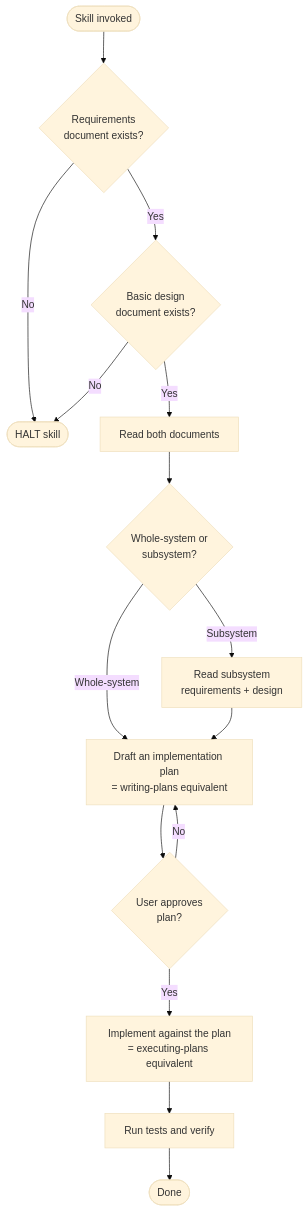
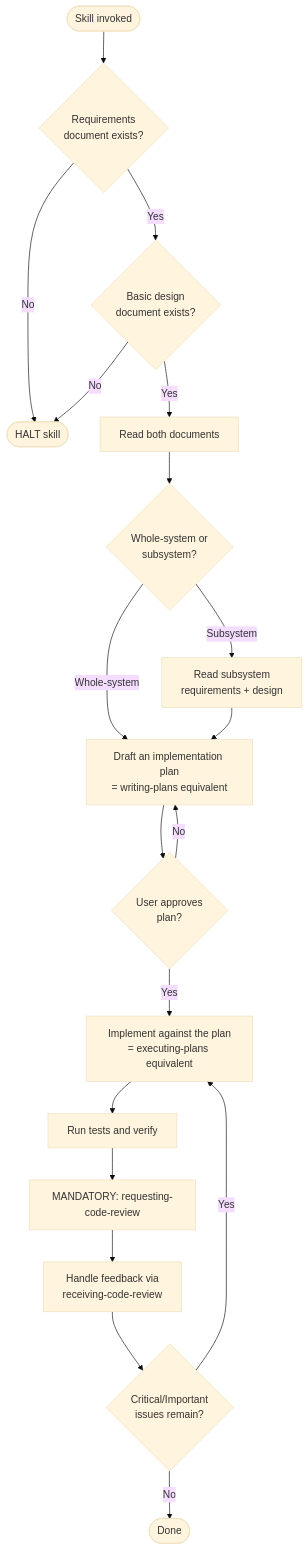
Before and after one commit to wintermaples/spec-coexist: the diagram in .claude/skills/implementing-from-spec/SKILL.md, drawn with Mermaid (base theme). The commit also changed other lines of this file and 6 other files, not shown here.

First line of the commit message:
Add project-local code-review skills and make review MUST

````diff
--- a/.claude/skills/implementing-from-spec/SKILL.md
+++ b/.claude/skills/implementing-from-spec/SKILL.md
@@ -32,18 +46,22 @@
 ```mermaid
 flowchart TD
     Start([Skill invoked]) --> Q1{Requirements<br/>document exists?}
     Q1 -- No --> Stop([HALT skill])
     Q1 -- Yes --> Q2{Basic design<br/>document exists?}
     Q2 -- No --> Stop
     Q2 -- Yes --> R[Read both documents]
     R --> Q3{Whole-system or<br/>subsystem?}
     Q3 -- Subsystem --> S1[Read subsystem<br/>requirements + design]
     Q3 -- Whole-system --> Plan
     S1 --> Plan
     Plan[Draft an implementation plan<br/>= writing-plans equivalent]
     Plan --> Approve{User approves<br/>plan?}
     Approve -- No --> Plan
     Approve -- Yes --> Impl[Implement against the plan<br/>= executing-plans equivalent]
     Impl --> Verify[Run tests and verify]
-    Verify --> End([Done])
+    Verify --> Review[MANDATORY: requesting-code-review]
+    Review --> Feedback[Handle feedback via<br/>receiving-code-review]
+    Feedback --> CritQ{Critical/Important<br/>issues remain?}
+    CritQ -- Yes --> Impl
+    CritQ -- No --> End([Done])
 ```
````
